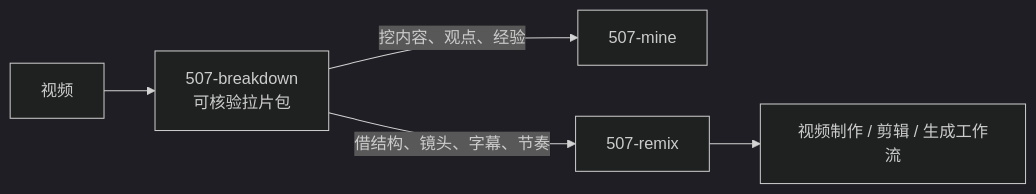
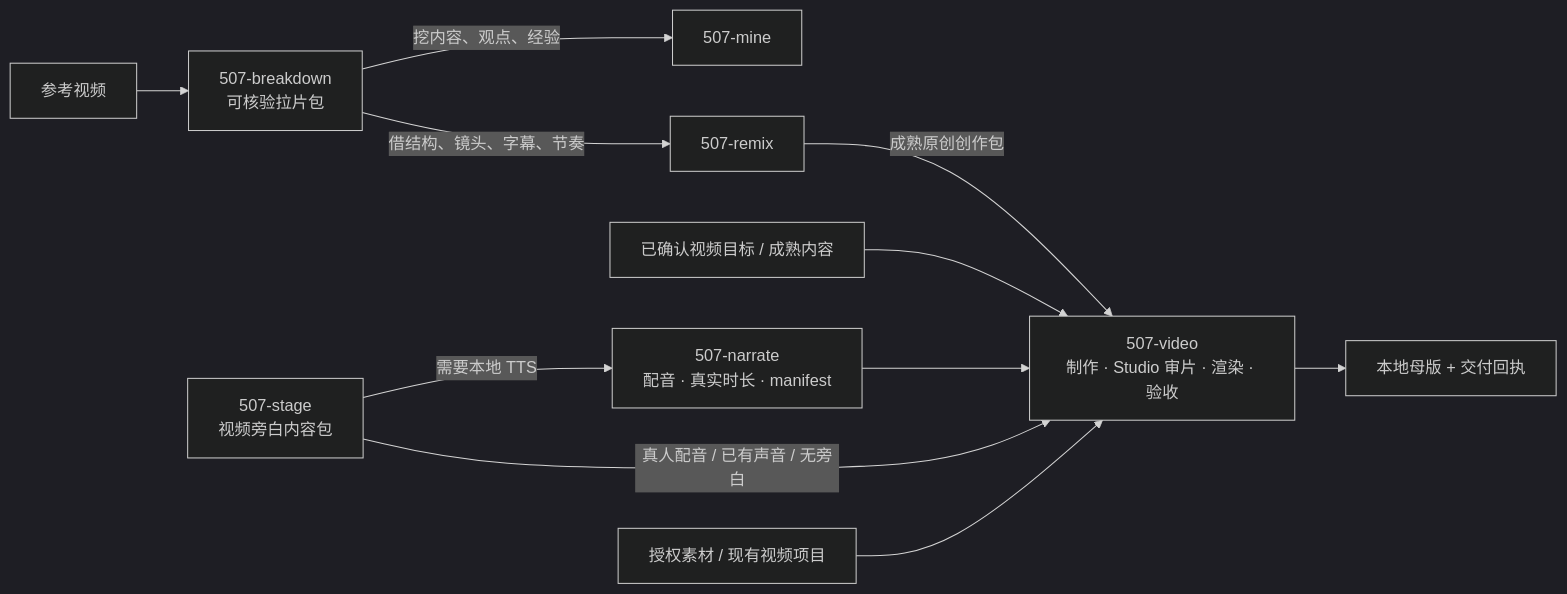
Before and after one commit to ssdiwu/507-skills: the third of 3 diagrams in write/README.md, drawn with Mermaid (dark theme). The commit also changed other lines of this file and 27 other files, not shown here.

````diff
--- a/write/README.md
+++ b/write/README.md
@@ -40,7 +44,13 @@
 ```mermaid
 flowchart LR
-    video["视频"] --> breakdown["507-breakdown<br/>可核验拉片包"]
+    reference["参考视频"] --> breakdown["507-breakdown<br/>可核验拉片包"]
     breakdown -->|"挖内容、观点、经验"| mine["507-mine"]
     breakdown -->|"借结构、镜头、字幕、节奏"| remix["507-remix"]
-    remix --> production["视频制作 / 剪辑 / 生成工作流"]
+    remix -->|"成熟原创创作包"| production["507-video<br/>制作 · Studio 审片 · 渲染 · 验收"]
+    confirmed["已确认视频目标 / 成熟内容"] --> production
+    narration["507-stage<br/>视频旁白内容包"] -->|"需要本地 TTS"| narrate["507-narrate<br/>配音 · 真实时长 · manifest"]
+    narrate --> production
+    narration -->|"真人配音 / 已有声音 / 无旁白"| production
+    assets["授权素材 / 现有视频项目"] --> production
+    production --> master["本地母版 + 交付回执"]
 ```
````
